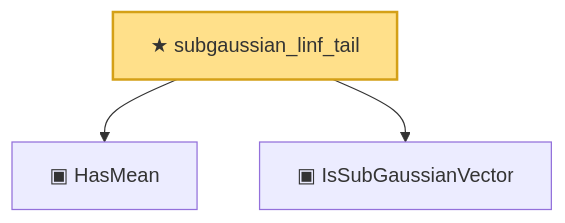
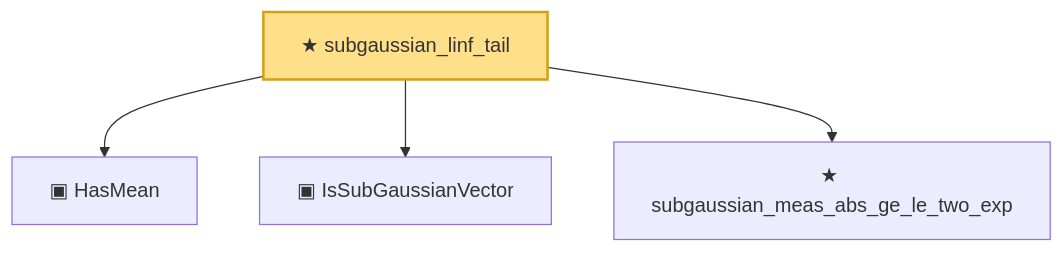
Before and after one commit to statopia/statlib-site: the diagram in public/narratives/HighDim/subgaussian_linf_tail.md, drawn with Mermaid. The commit also changed other lines of this file and 1165 other files, not shown here.

First line of the commit message:
feat: restructure to 6 pages + regenerate knowledge graph from main

````diff
--- a/public/narratives/HighDim/subgaussian_linf_tail.md
+++ b/public/narratives/HighDim/subgaussian_linf_tail.md
@@ -14,11 +15,13 @@
 ```mermaid
 flowchart TD
   n0["▣ HasMean"]
   n1["▣ IsSubGaussianVector"]
-  n2["★ subgaussian_linf_tail"]
-  n2 --> n0
-  n2 --> n1
-  class n2 headline;
+  n2["★ subgaussian_meas_abs_ge_le_two_exp"]
+  n3["★ subgaussian_linf_tail"]
+  n3 --> n0
+  n3 --> n1
+  n3 --> n2
+  class n3 headline;
   classDef headline fill:#ffe08a,stroke:#d4a017,stroke-width:2px;
   classDef axiomNode fill:#ffd0d0,stroke:#c0392b,stroke-dasharray:4 2;
 ```
````
